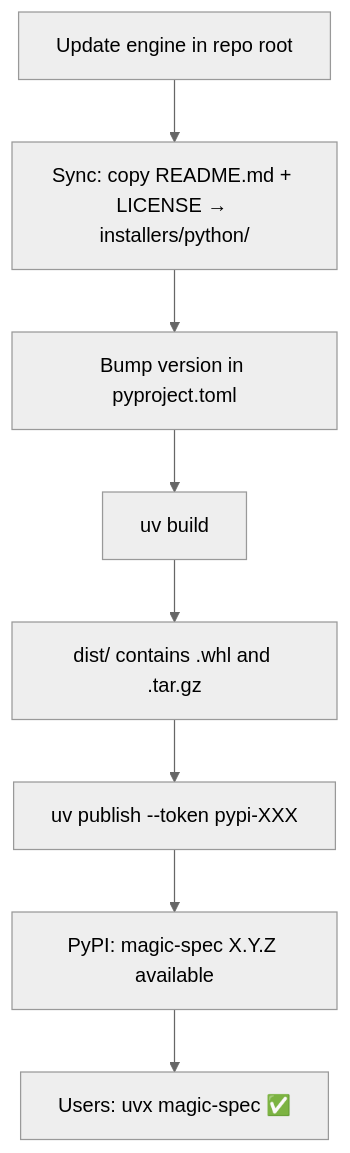
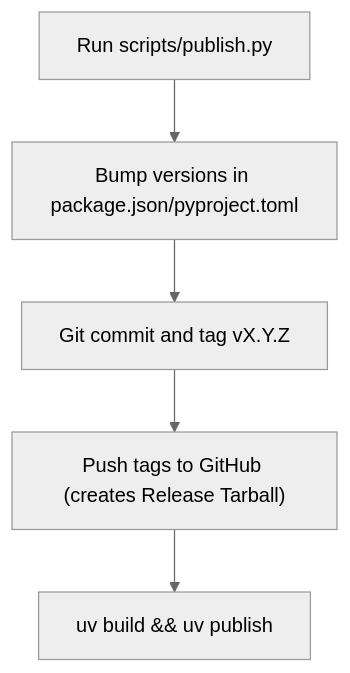
One commit to teratron/magic-spec changed the second of 2 diagrams in .design/specifications/distribution-pypi.md. Above: the diagram before and after it, drawn with Mermaid (neutral theme). The commit also changed other lines of this file and 11 other files, not shown here.

Commit message:
docs: introduce comprehensive design specifications for the installer, architecture, and project documentation.

````diff
--- a/.design/specifications/distribution-pypi.md
+++ b/.design/specifications/distribution-pypi.md
@@ -103,10 +107,7 @@
 ```mermaid
 graph TD
-    A["Update engine in repo root"] --> B["Sync: copy README.md + LICENSE → installers/python/"]
-    B --> C["Bump version in pyproject.toml"]
-    C --> D["uv build"]
-    D --> E["dist/ contains .whl and .tar.gz"]
-    E --> F["uv publish --token pypi-XXX"]
-    F --> G["PyPI: magic-spec X.Y.Z available"]
-    G --> H["Users: uvx magic-spec ✅"]
+    A["Run scripts/publish.py <version>"] --> C["Bump versions in package.json/pyproject.toml"]
+    C --> D["Git commit and tag vX.Y.Z"]
+    D --> E["Push tags to GitHub (creates Release Tarball)"]
+    E --> F["uv build && uv publish"]
 ```
````
